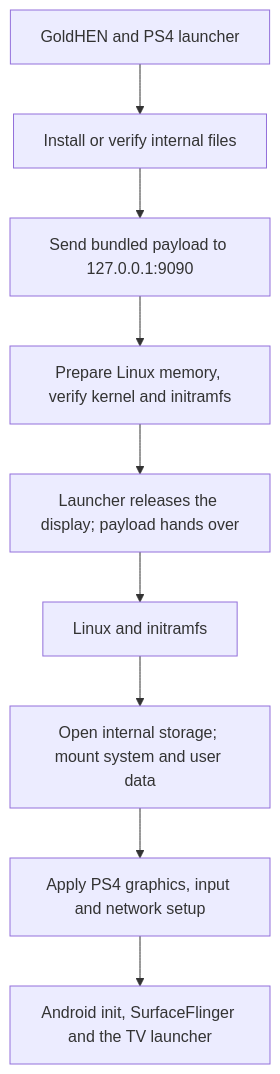
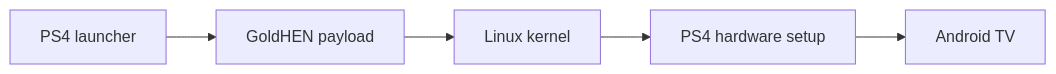
The diagram in README.md (Vivian1987/android-tv-ps4), drawn with Mermaid before and after one commit. The commit also changed other lines of this file, not shown here.

Commit message:
README: reorganise for 1.1 and replace the tall flowchart

````diff
--- a/README.md
+++ b/README.md
@@ -59,11 +65,7 @@
 ```mermaid
-flowchart TD
-    A[GoldHEN and PS4 launcher] --> B[Install or verify internal files]
-    B --> C[Send bundled payload to 127.0.0.1:9090]
-    C --> D[Prepare Linux memory, verify kernel and initramfs]
-    D --> E[Launcher releases the display; payload hands over]
-    E --> F[Linux and initramfs]
-    F --> G[Open internal storage; mount system and user data]
-    G --> H[Apply PS4 graphics, input and network setup]
-    H --> I[Android init, SurfaceFlinger and the TV launcher]
+flowchart LR
+    A[PS4 launcher] --> B[GoldHEN payload]
+    B --> C[Linux kernel]
+    C --> D[PS4 hardware setup]
+    D --> E[Android TV]
 ```
````
